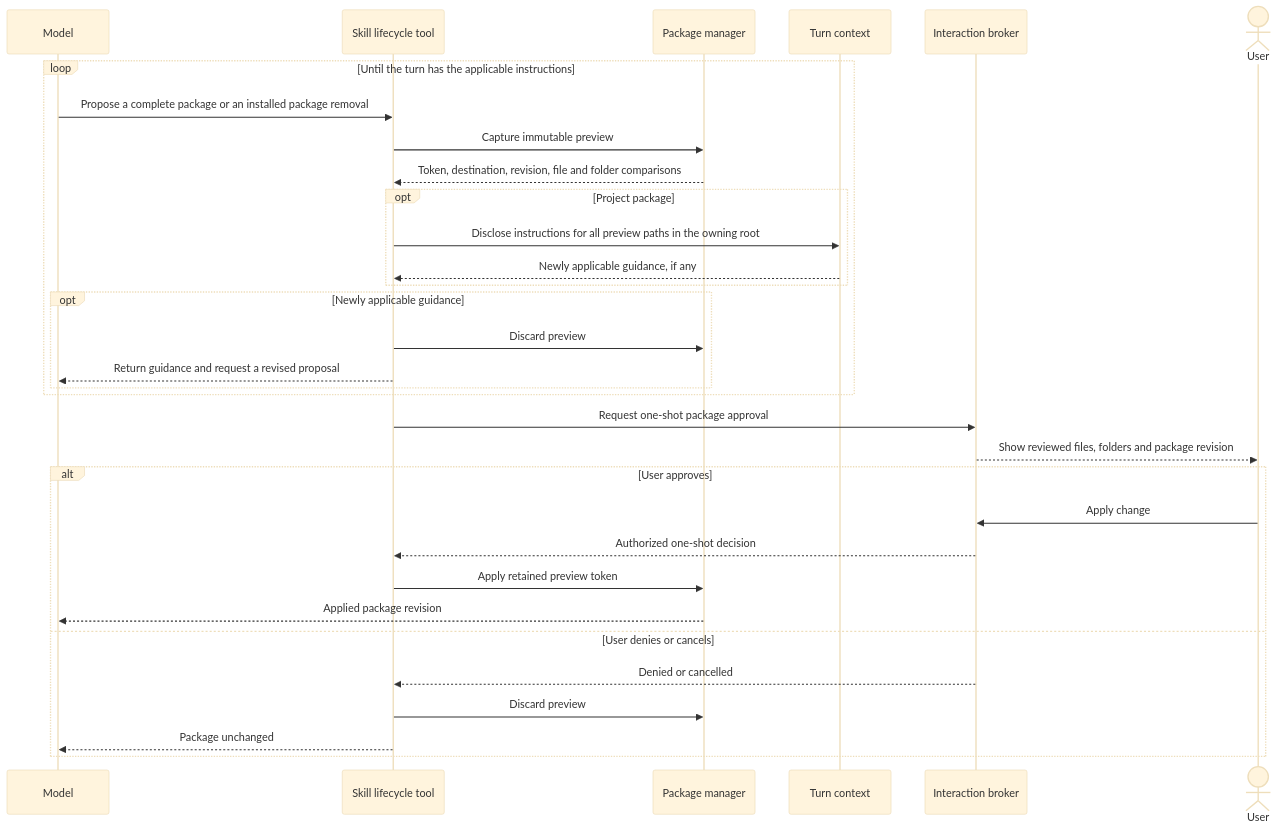
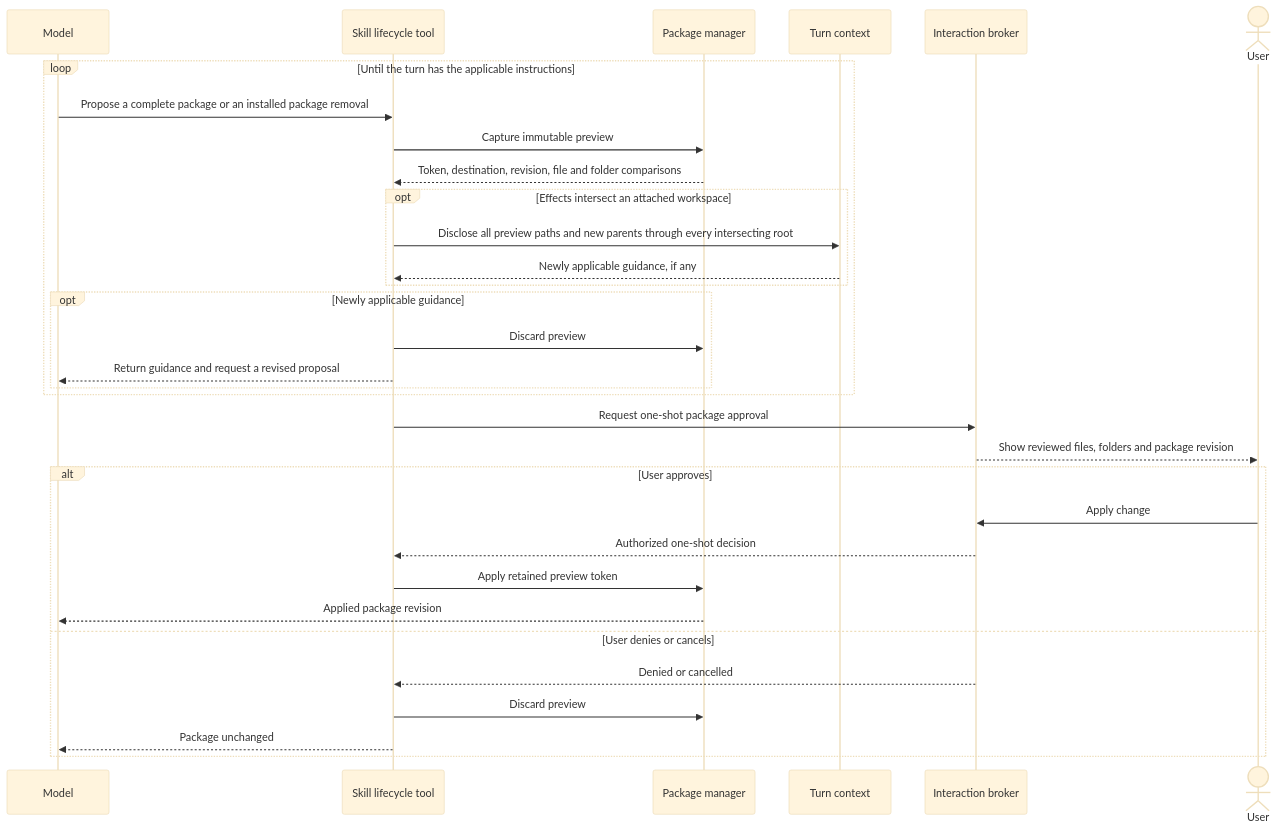
Before and after one commit to danceroutine/Glyph: the eighth of 10 diagrams in docs/AGENT_INSTRUCTIONS.md, drawn with Mermaid (base theme). The commit also changed other lines of this file, not shown here.

Commit message:
Document repository admission and complete skill publication effects

````diff
--- a/docs/AGENT_INSTRUCTIONS.md
+++ b/docs/AGENT_INSTRUCTIONS.md
@@ -358,34 +360,34 @@
 ```mermaid
 sequenceDiagram
     participant Model
     participant Tool as Skill lifecycle tool
     participant Manager as Package manager
     participant Turn as Turn context
     participant Broker as Interaction broker
     actor User
     loop Until the turn has the applicable instructions
         Model->>Tool: Propose a complete package or an installed package removal
         Tool->>Manager: Capture immutable preview
         Manager-->>Tool: Token, destination, revision, file and folder comparisons
-        opt Project package
-            Tool->>Turn: Disclose instructions for all preview paths in the owning root
+        opt Effects intersect an attached workspace
+            Tool->>Turn: Disclose all preview paths and new parents through every intersecting root
             Turn-->>Tool: Newly applicable guidance, if any
         end
         opt Newly applicable guidance
             Tool->>Manager: Discard preview
             Tool-->>Model: Return guidance and request a revised proposal
         end
     end
     Tool->>Broker: Request one-shot package approval
     Broker-->>User: Show reviewed files, folders and package revision
     alt User approves
         User->>Broker: Apply change
         Broker-->>Tool: Authorized one-shot decision
         Tool->>Manager: Apply retained preview token
         Manager-->>Model: Applied package revision
     else User denies or cancels
         Broker-->>Tool: Denied or cancelled
         Tool->>Manager: Discard preview
         Tool-->>Model: Package unchanged
     end
 ```
````
